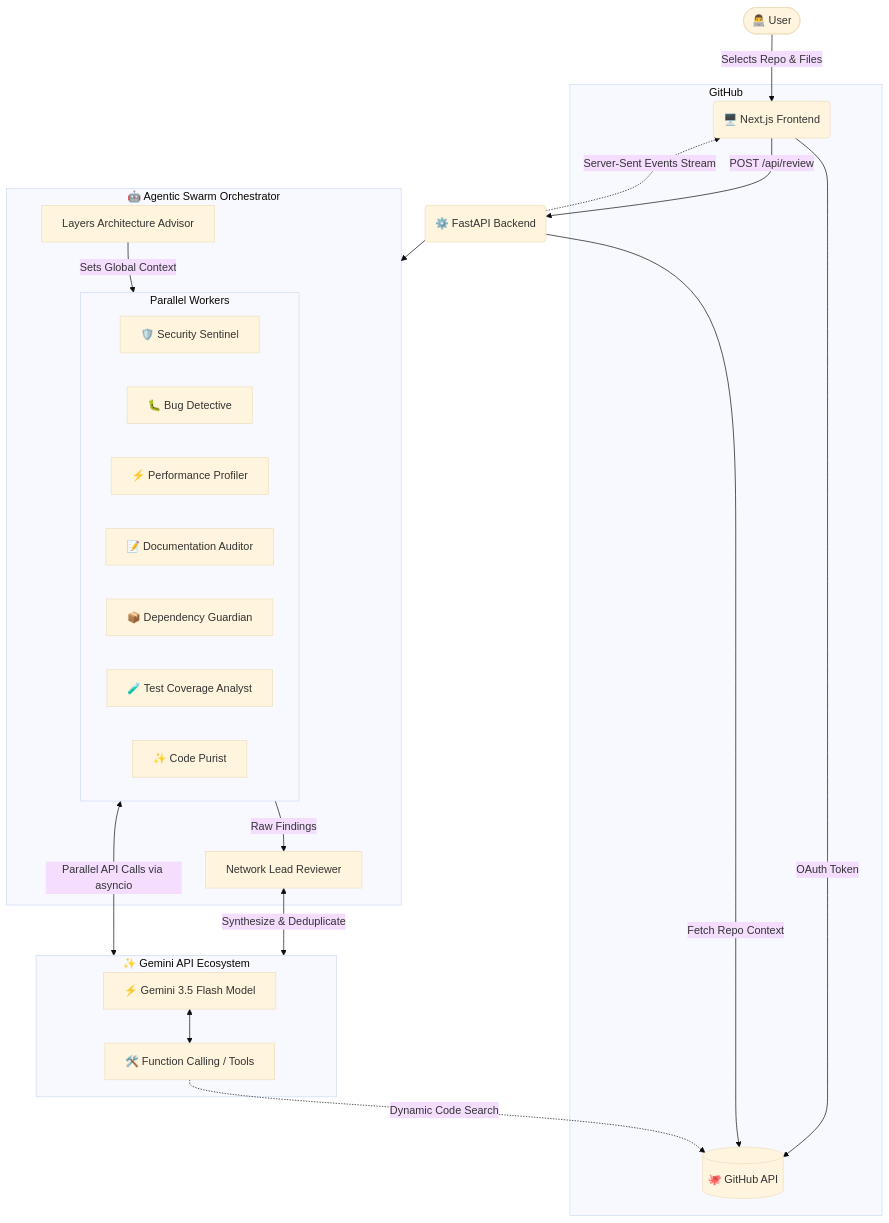
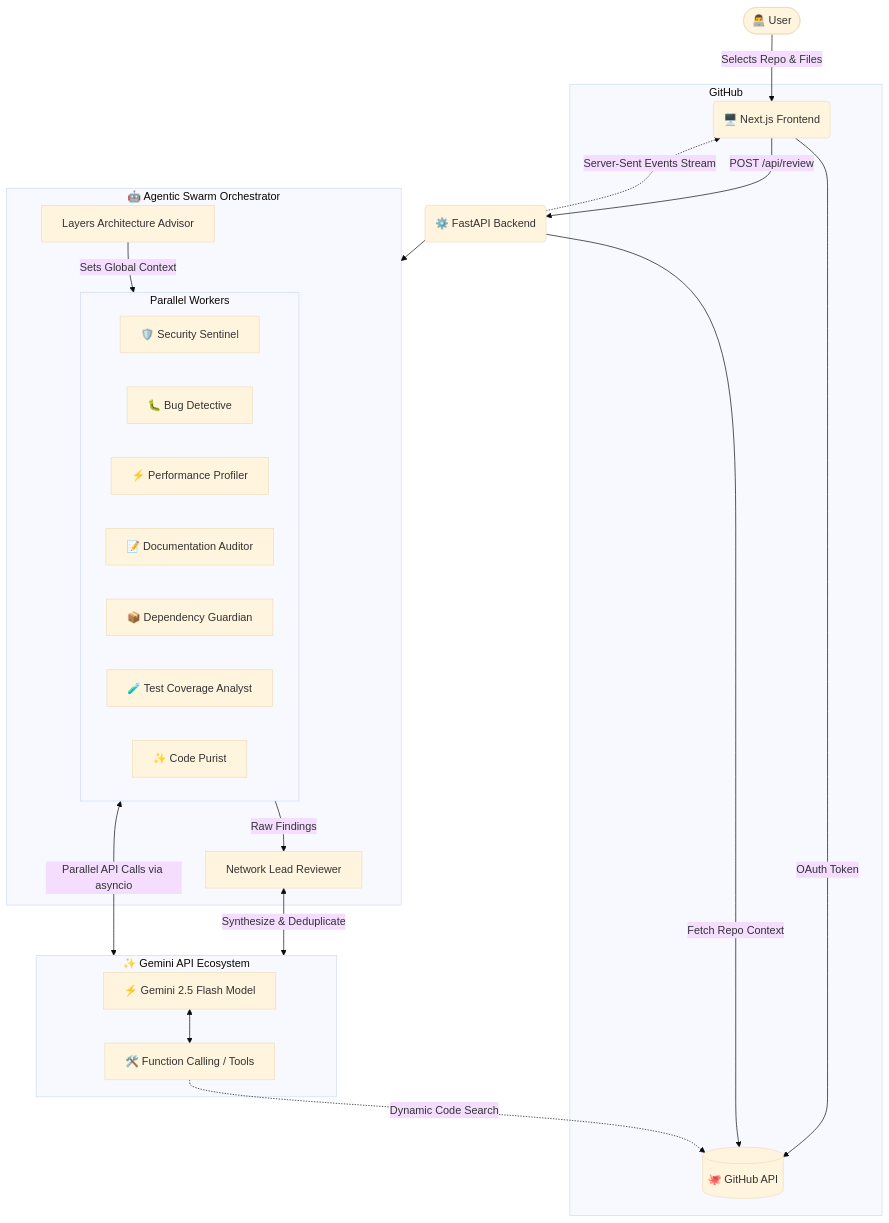
The diagram in README.md (sambhandavale/CodeReview-Crew), drawn with Mermaid (base theme) before and after one commit. The commit also changed other lines of this file and 7 other files, not shown here.

````diff
--- a/README.md
+++ b/README.md
@@ -33,44 +33,44 @@
 ```mermaid
 graph TD
     User([👨‍💻 User]) --> |Selects Repo & Files| Frontend(🖥️ Next.js Frontend)
     
     subgraph GitHub
     Frontend --> |OAuth Token| GitHubAPI[("🐙 GitHub API")]
     end
 
     Frontend --> |POST /api/review| Backend(⚙️ FastAPI Backend)
     Backend -.-> |Server-Sent Events Stream| Frontend
     
     Backend --> |Fetch Repo Context| GitHubAPI
     
     subgraph Swarm[🤖 Agentic Swarm Orchestrator]
         Advisor[Layers Architecture Advisor]
         
         subgraph Workers[Parallel Workers]
             Security[🛡️ Security Sentinel]
             Bugs[🐛 Bug Detective]
             Perf[⚡ Performance Profiler]
             Docs[📝 Documentation Auditor]
             Deps[📦 Dependency Guardian]
             Test[🧪 Test Coverage Analyst]
             Purist[✨ Code Purist]
         end
         
         Lead[Network Lead Reviewer]
         
         Advisor --> |Sets Global Context| Workers
         Workers --> |Raw Findings| Lead
     end
     
     Backend --> Swarm
     
     subgraph Gemini[✨ Gemini API Ecosystem]
-        Flash[⚡ Gemini 3.5 Flash Model]
+        Flash[⚡ Gemini 2.5 Flash Model]
         Tools[🛠️ Function Calling / Tools]
         Flash <--> Tools
     end
     
     Workers <--> |Parallel API Calls via asyncio| Gemini
     Lead <--> |Synthesize & Deduplicate| Gemini
     Tools -.-> |Dynamic Code Search| GitHubAPI
 ```
````
